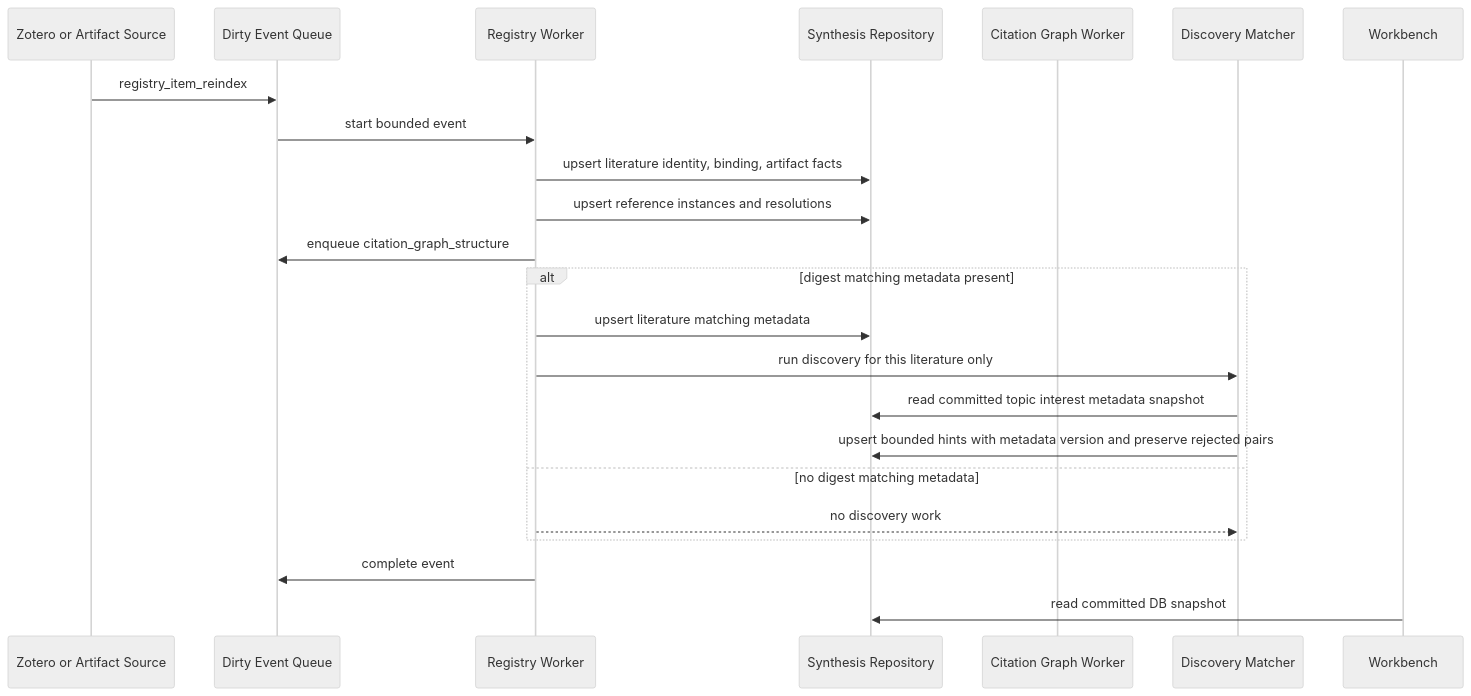
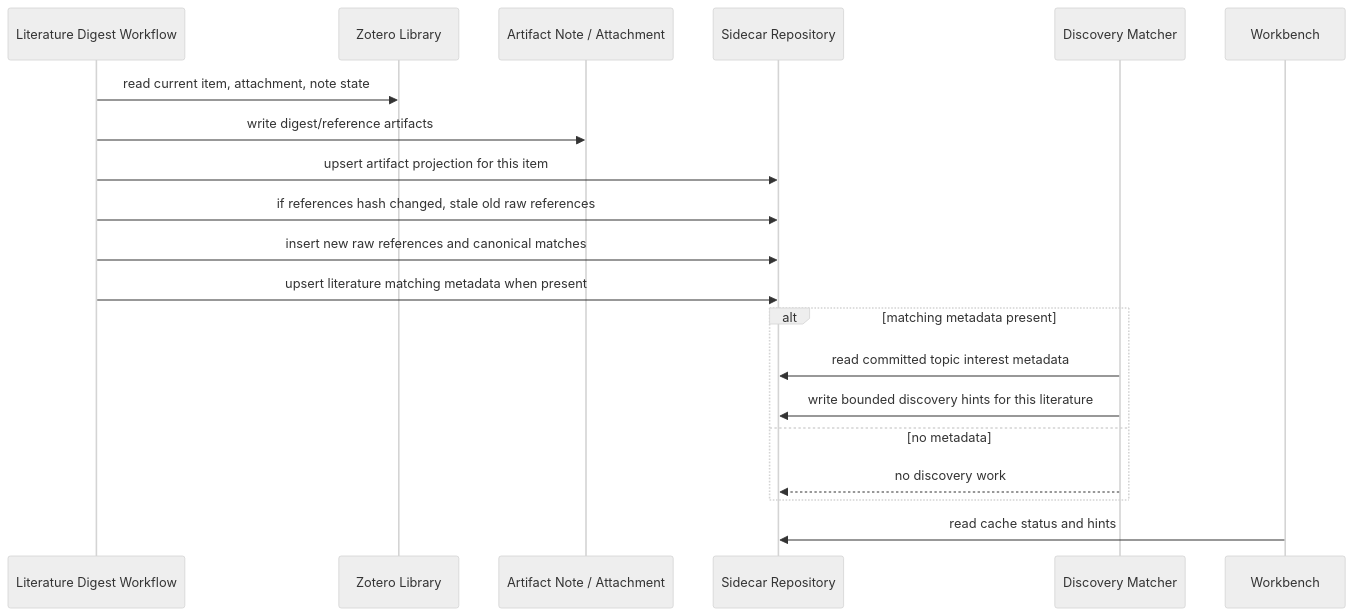
Before and after one commit to leike0813/zotero-agents: the first of 8 diagrams in doc/synthesis-layer/sequences.md, drawn with Mermaid (neutral theme). The commit also changed other lines of this file and 267 other files, not shown here.

````diff
--- a/doc/synthesis-layer/sequences.md
+++ b/doc/synthesis-layer/sequences.md
@@ -11,26 +11,23 @@
 ```mermaid
 sequenceDiagram
-  participant Z as Zotero or Artifact Source
-  participant Q as Dirty Event Queue
-  participant W as Registry Worker
-  participant R as Synthesis Repository
-  participant G as Citation Graph Worker
+  participant W as Literature Digest Workflow
+  participant Z as Zotero Library
+  participant A as Artifact Note / Attachment
+  participant S as Sidecar Repository
   participant M as Discovery Matcher
   participant UI as Workbench
 
-  Z->>Q: registry_item_reindex
-  Q->>W: start bounded event
-  W->>R: upsert literature identity, binding, artifact facts
-  W->>R: upsert reference instances and resolutions
-  W->>Q: enqueue citation_graph_structure
-  alt digest matching metadata present
-    W->>R: upsert literature matching metadata
-    W->>M: run discovery for this literature only
-    M->>R: read committed topic interest metadata snapshot
-    M->>R: upsert bounded hints with metadata version and preserve rejected pairs
-  else no digest matching metadata
-    W-->>M: no discovery work
+  W->>Z: read current item, attachment, note state
+  W->>A: write digest/reference artifacts
+  W->>S: upsert artifact projection for this item
+  W->>S: if references hash changed, stale old raw references
+  W->>S: insert new raw references and canonical matches
+  W->>S: upsert literature matching metadata when present
+  alt matching metadata present
+    M->>S: read committed topic interest metadata
+    M->>S: write bounded discovery hints for this literature
+  else no metadata
+    M-->>S: no discovery work
   end
-  W->>Q: complete event
-  UI->>R: read committed DB snapshot
+  UI->>S: read cache status and hints
 ```
````
